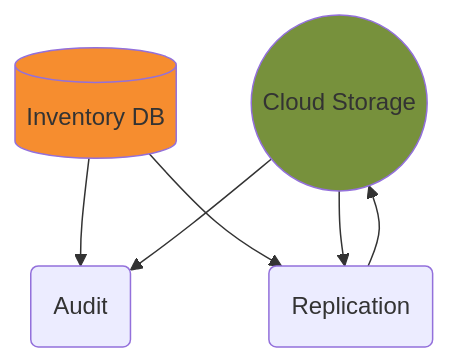
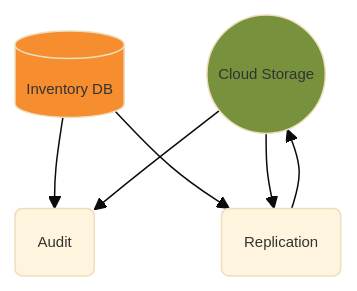
One commit to CDLUC3/mrt-doc changed the diagram in diagrams/overview-replic.mmd. Above: the diagram before and after it, drawn with Mermaid. The commit also changed 4 other files, not shown here.

Commit message:
font size change

```diff
--- a/diagrams/overview-replic.mmd
+++ b/diagrams/overview-replic.mmd
@@ -1,13 +1,14 @@
+%%{init: {'theme': 'base', 'themeVariables': { 'fontSize': '10px'}}}%%
 graph TD
     CLOUD(("Cloud Storage"))
     RDS[(Inventory DB)]
     AUD(Audit)
     REP(Replication)
     RDS --> AUD
     RDS --> REP
     CLOUD --> AUD
     CLOUD --> REP
     REP --> CLOUD
 
     style CLOUD fill:#77913C
     style RDS fill:#F68D2F
```
